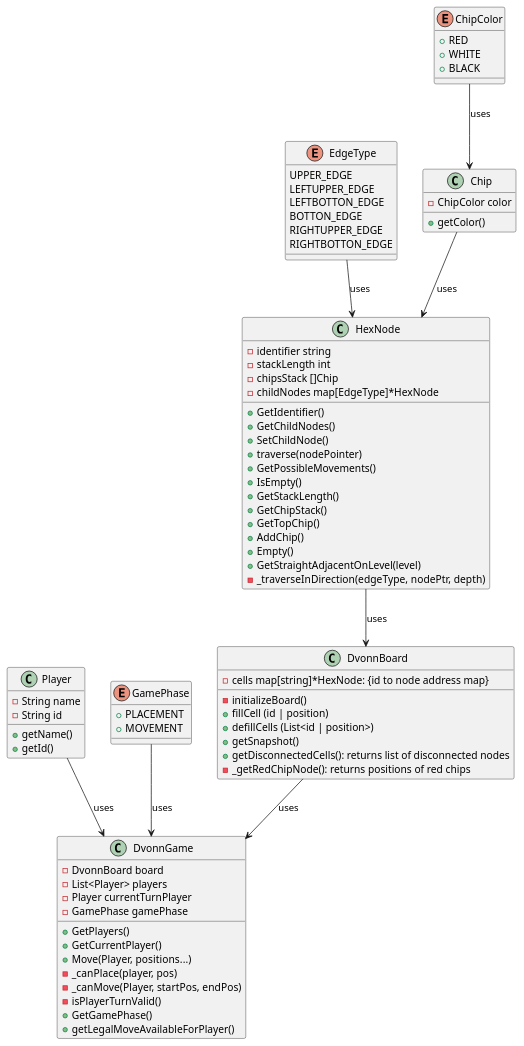
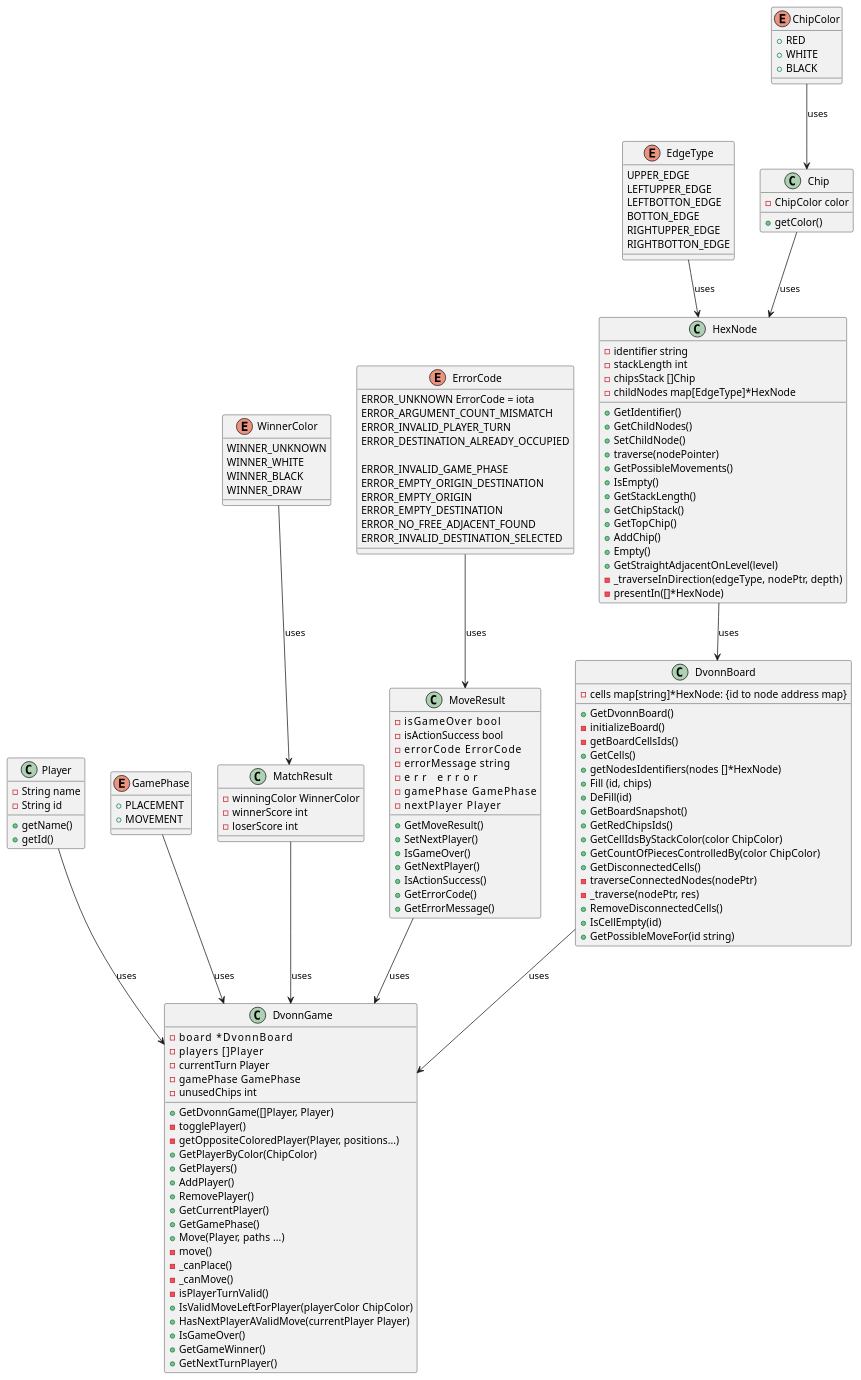
The diagram in raw/class_diagram.puml (amit-upadhyay-IT/dvonn), drawn with PlantUML before and after one commit. The commit also changed 4 other files, not shown here.

Commit message:
updating readme with class diagram

```diff
--- a/raw/class_diagram.puml
+++ b/raw/class_diagram.puml
@@ -1,89 +1,161 @@
 @startuml
 
 class Chip {
  -ChipColor color
  +getColor()
 }
 
 enum ChipColor {
  +RED
  +WHITE
  +BLACK
 }
 
 class HexNode {
   - identifier string
   - stackLength int
   - chipsStack []Chip
   - childNodes map[EdgeType]*HexNode
   + GetIdentifier()
   + GetChildNodes()
   + SetChildNode()
   + traverse(nodePointer)
   + GetPossibleMovements()
   + IsEmpty()
   + GetStackLength()
   + GetChipStack()
   + GetTopChip()
   + AddChip()
   + Empty()
   + GetStraightAdjacentOnLevel(level)
   - _traverseInDirection(edgeType, nodePtr, depth)
+  - presentIn([]*HexNode)
 }
 
 class DvonnBoard {
   - cells map[string]*HexNode: {id to node address map}
+  + GetDvonnBoard()
   - initializeBoard()
-  + fillCell (id | position)
-  + defillCells (List<id | position>)
-  + getSnapshot()
-  + getDisconnectedCells(): returns list of disconnected nodes
-  - _getRedChipNode(): returns positions of red chips
+  - getBoardCellsIds()
+  + GetCells()
+  + getNodesIdentifiers(nodes []*HexNode)
+  + Fill (id, chips)
+  + DeFill(id)
+  + GetBoardSnapshot()
+  + GetRedChipsIds()
+  + GetCellIdsByStackColor(color ChipColor)
+  + GetCountOfPiecesControlledBy(color ChipColor)
+  + GetDisconnectedCells()
+  - traverseConnectedNodes(nodePtr)
+  - _traverse(nodePtr, res)
+  + RemoveDisconnectedCells()
+  + IsCellEmpty(id)
+  + GetPossibleMoveFor(id string)
 }
 
 class Player {
   - String name
   - String id
   + getName()
   + getId()
 }
 
 enum GamePhase {
   + PLACEMENT
   + MOVEMENT
 }
 
 enum EdgeType {
   UPPER_EDGE
   LEFTUPPER_EDGE
   LEFTBOTTON_EDGE
   BOTTON_EDGE
   RIGHTUPPER_EDGE
   RIGHTBOTTON_EDGE
 }
 
+enum WinnerColor {
+  WINNER_UNKNOWN
+  WINNER_WHITE
+  WINNER_BLACK
+  WINNER_DRAW
+}
+
+class MatchResult {
+	- winningColor WinnerColor
+	- winnerScore int
+	- loserScore int
+
+}
+
+enum ErrorCode {
+	ERROR_UNKNOWN ErrorCode = iota
+	ERROR_ARGUMENT_COUNT_MISMATCH
+	ERROR_INVALID_PLAYER_TURN
+	ERROR_DESTINATION_ALREADY_OCCUPIED
+
+	ERROR_INVALID_GAME_PHASE
+	ERROR_EMPTY_ORIGIN_DESTINATION
+	ERROR_EMPTY_ORIGIN
+	ERROR_EMPTY_DESTINATION
+	ERROR_NO_FREE_ADJACENT_FOUND
+	ERROR_INVALID_DESTINATION_SELECTED
+}
+
+class MoveResult {
+	- isGameOver      bool
+	- isActionSuccess bool
+	- errorCode       ErrorCode
+	- errorMessage    string
+	- err             error
+	- gamePhase       GamePhase
+	- nextPlayer      Player
+	+ GetMoveResult()
+	+ SetNextPlayer()
+	+ IsGameOver()
+	+ GetNextPlayer()
+	+ IsActionSuccess()
+	+ GetErrorCode()
+	+ GetErrorMessage()
+}
+
 class DvonnGame {
-  - DvonnBoard board
-  - List<Player> players
-  - Player currentTurnPlayer
-  - GamePhase gamePhase
+	- board       *DvonnBoard
+	- players     []Player
+	- currentTurn Player
+	- gamePhase   GamePhase
+	- unusedChips int
+  + GetDvonnGame([]Player, Player)
+  - togglePlayer()
+  - getOppositeColoredPlayer(Player, positions...)
+  + GetPlayerByColor(ChipColor)
   + GetPlayers()
+  + AddPlayer()
+  + RemovePlayer()
   + GetCurrentPlayer()
-  + Move(Player, positions...)
-  - _canPlace(player, pos)
-  - _canMove(Player, startPos, endPos)
+  + GetGamePhase()
+  + Move(Player, paths ...)
+  - move()
+  - _canPlace()
+  - _canMove()
   - isPlayerTurnValid()
-  + GetGamePhase()
-  + getLegalMoveAvailableForPlayer()
+  + IsValidMoveLeftForPlayer(playerColor ChipColor)
+  + HasNextPlayerAValidMove(currentPlayer Player)
+  + IsGameOver()
+  + GetGameWinner()
+  + GetNextTurnPlayer()
 }
 
 ChipColor --> Chip : uses
 Chip --> HexNode : uses
 EdgeType --> HexNode : uses
 HexNode --> DvonnBoard : uses
 Player --> DvonnGame : uses
 GamePhase --> DvonnGame : uses
 DvonnBoard --> DvonnGame : uses
-
+WinnerColor --> MatchResult : uses
+MatchResult --> DvonnGame : uses
+ErrorCode --> MoveResult : uses
+MoveResult --> DvonnGame : uses
 
 @enduml
```
